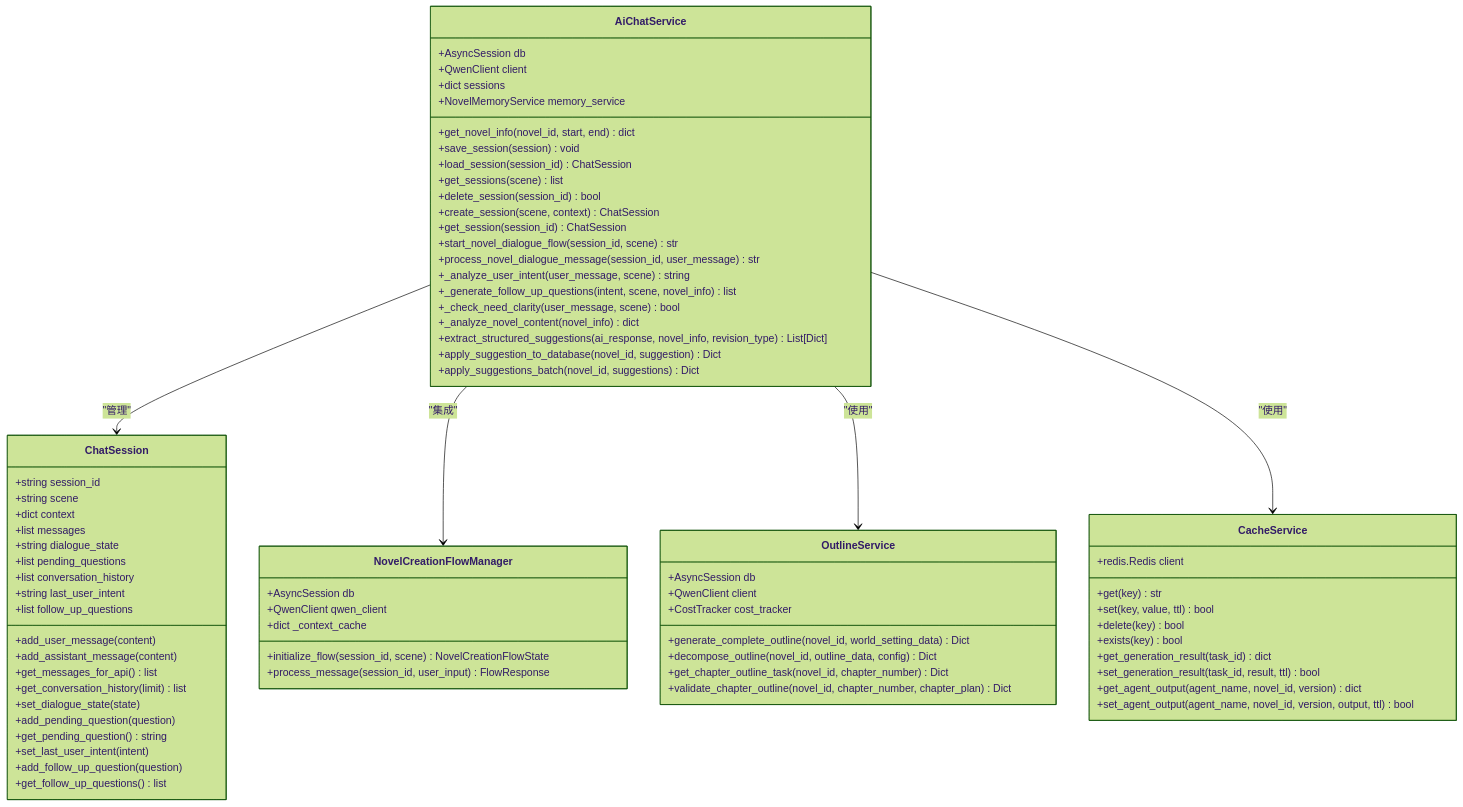
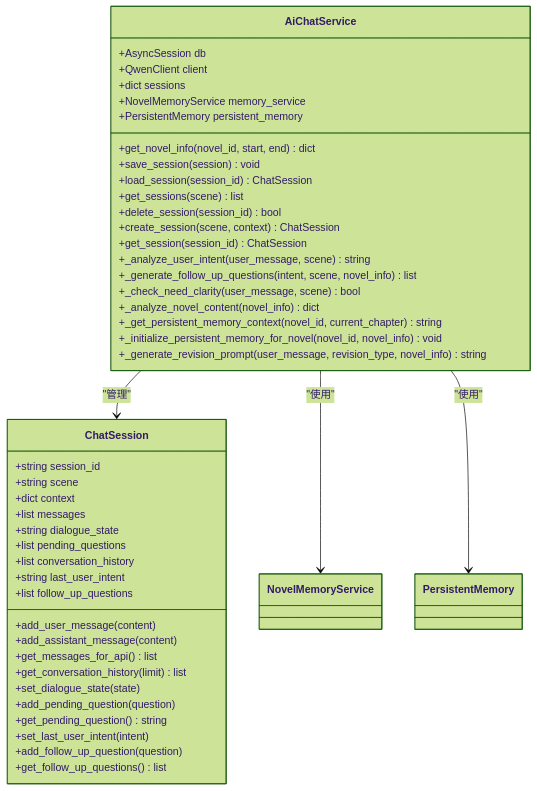
The sixth of 9 diagrams in .qoder/repowiki/zh/content/后端架构/服务层设计.md (xfbyxq/ai-novel-system), drawn with Mermaid (forest theme) before and after one commit. The commit also changed other lines of this file and 38 other files, not shown here.

````diff
--- a/.qoder/repowiki/zh/content/后端架构/服务层设计.md
+++ b/.qoder/repowiki/zh/content/后端架构/服务层设计.md
@@ -366,77 +331,48 @@
 ```mermaid
 classDiagram
 class ChatSession {
 +string session_id
 +string scene
 +dict context
 +list messages
 +string dialogue_state
 +list pending_questions
 +list conversation_history
 +string last_user_intent
 +list follow_up_questions
 +add_user_message(content)
 +add_assistant_message(content)
 +get_messages_for_api() list
 +get_conversation_history(limit) list
 +set_dialogue_state(state)
 +add_pending_question(question)
 +get_pending_question() string
 +set_last_user_intent(intent)
 +add_follow_up_question(question)
 +get_follow_up_questions() list
 }
 class AiChatService {
 +AsyncSession db
 +QwenClient client
 +dict sessions
 +NovelMemoryService memory_service
++PersistentMemory persistent_memory
 +get_novel_info(novel_id, start, end) dict
 +save_session(session) void
 +load_session(session_id) ChatSession
 +get_sessions(scene) list
 +delete_session(session_id) bool
 +create_session(scene, context) ChatSession
 +get_session(session_id) ChatSession
-+start_novel_dialogue_flow(session_id, scene) str
-+process_novel_dialogue_message(session_id, user_message) str
 +_analyze_user_intent(user_message, scene) string
 +_generate_follow_up_questions(intent, scene, novel_info) list
 +_check_need_clarity(user_message, scene) bool
 +_analyze_novel_content(novel_info) dict
-+extract_structured_suggestions(ai_response, novel_info, revision_type) List[Dict]
-+apply_suggestion_to_database(novel_id, suggestion) Dict
-+apply_suggestions_batch(novel_id, suggestions) Dict
-}
-class NovelCreationFlowManager {
-+AsyncSession db
-+QwenClient qwen_client
-+dict _context_cache
-+initialize_flow(session_id, scene) NovelCreationFlowState
-+process_message(session_id, user_input) FlowResponse
-}
-class OutlineService {
-+AsyncSession db
-+QwenClient client
-+CostTracker cost_tracker
-+generate_complete_outline(novel_id, world_setting_data) Dict
-+decompose_outline(novel_id, outline_data, config) Dict
-+get_chapter_outline_task(novel_id, chapter_number) Dict
-+validate_chapter_outline(novel_id, chapter_number, chapter_plan) Dict
-}
-class CacheService {
-+redis.Redis client
-+get(key) str
-+set(key, value, ttl) bool
-+delete(key) bool
-+exists(key) bool
-+get_generation_result(task_id) dict
-+set_generation_result(task_id, result, ttl) bool
-+get_agent_output(agent_name, novel_id, version) dict
-+set_agent_output(agent_name, novel_id, version, output, ttl) bool
++_get_persistent_memory_context(novel_id, current_chapter) string
++_initialize_persistent_memory_for_novel(novel_id, novel_info) void
++_generate_revision_prompt(user_message, revision_type, novel_info) string
 }
 AiChatService --> ChatSession : "管理"
-AiChatService --> NovelCreationFlowManager : "集成"
-AiChatService --> OutlineService : "使用"
-AiChatService --> CacheService : "使用"
+AiChatService --> NovelMemoryService : "使用"
+AiChatService --> PersistentMemory : "使用"
 ```
````
